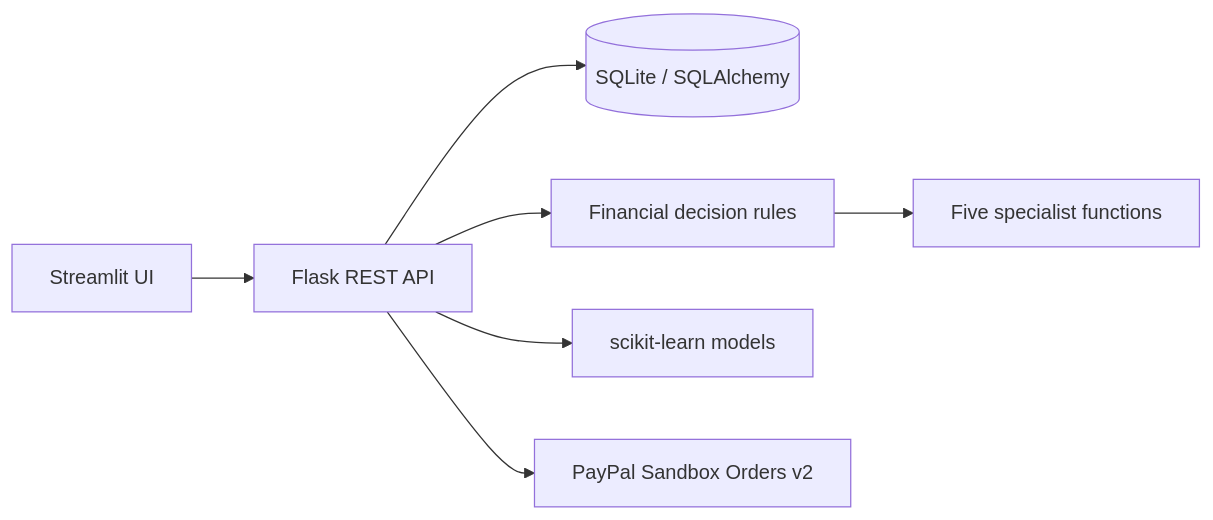
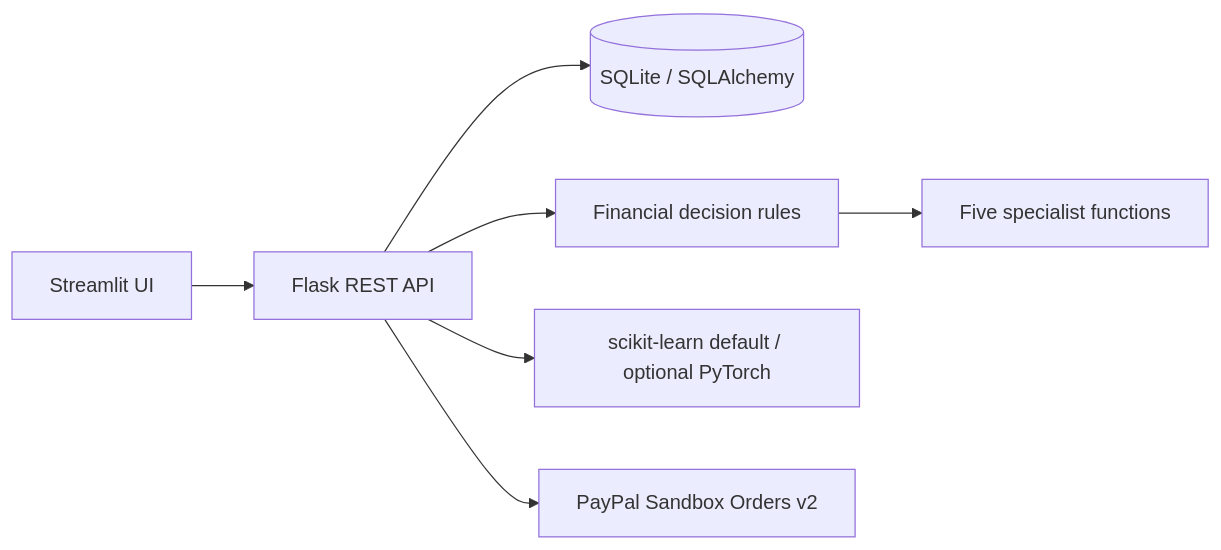
The diagram in docs/ARCHITECTURE.md (UzaibBashir/PayAhead), drawn with Mermaid before and after one commit. The commit also changed 9 other files, not shown here.

````diff
--- a/docs/ARCHITECTURE.md
+++ b/docs/ARCHITECTURE.md
@@ -5,9 +5,9 @@
 ```mermaid
 flowchart LR
  UI[Streamlit UI] --> API[Flask REST API]
  API --> DB[(SQLite / SQLAlchemy)]
  API --> CALC[Financial decision rules]
  CALC --> AG[Five specialist functions]
- API --> ML[scikit-learn models]
+ API --> ML[scikit-learn default / optional PyTorch]
  API --> PP[PayPal Sandbox Orders v2]
 ```
````
